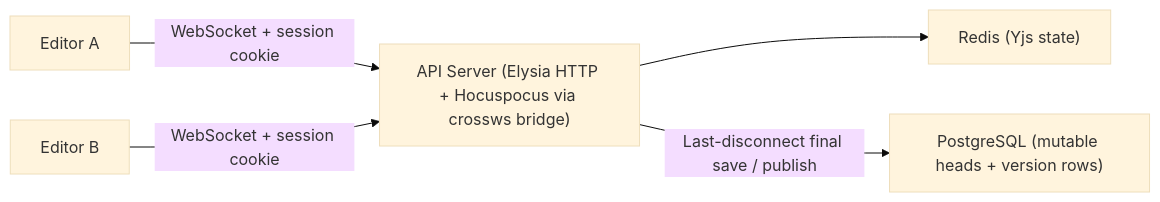
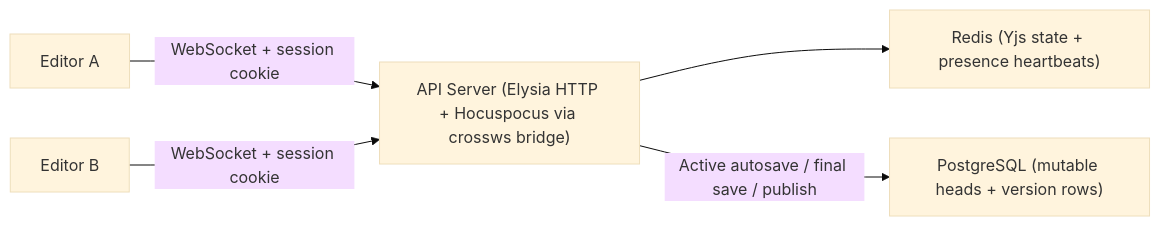
Before and after one commit to mdcms-ai/mdcms: the diagram in docs/specs/SPEC-007-editor-mdx-and-collaboration.md, drawn with Mermaid (base theme). The commit also changed other lines of this file and 36 other files, not shown here.

Commit message:
feat(collaboration): add autosave and presence foundation

````diff
--- a/docs/specs/SPEC-007-editor-mdx-and-collaboration.md
+++ b/docs/specs/SPEC-007-editor-mdx-and-collaboration.md
@@ -37,7 +37,7 @@
 ```mermaid
 flowchart LR
   EA["Editor A"] -->|"WebSocket + session cookie"| API["API Server (Elysia HTTP + Hocuspocus via crossws bridge)"]
   EB["Editor B"] -->|"WebSocket + session cookie"| API
-  API --> REDIS["Redis (Yjs state)"]
-  API -->|"Last-disconnect final save / publish"| PG["PostgreSQL (mutable heads + version rows)"]
+  API --> REDIS["Redis (Yjs state + presence heartbeats)"]
+  API -->|"Active autosave / final save / publish"| PG["PostgreSQL (mutable heads + version rows)"]
 ```
````
